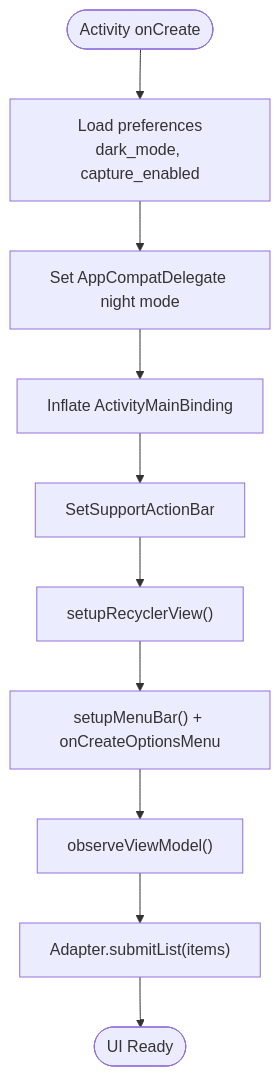
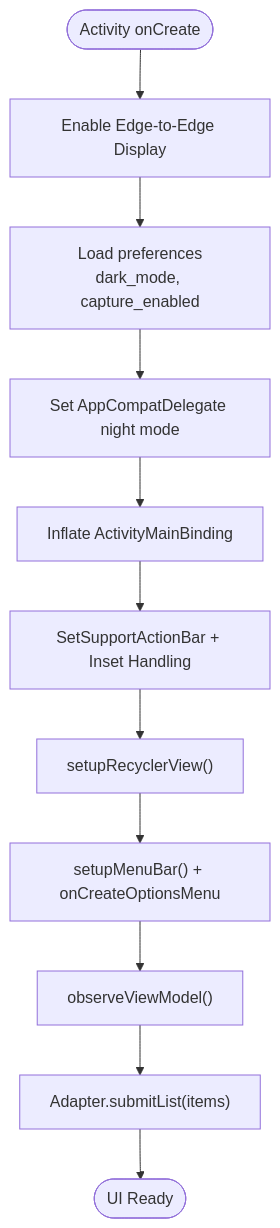
Before and after one commit to caldefoc/NotificationLog: the third of 7 diagrams in .qoder/repowiki/en/content/User Interface/User Interface.md, drawn with Mermaid. The commit also changed other lines of this file and 13 other files, not shown here.

````diff
--- a/.qoder/repowiki/en/content/User Interface/User Interface.md
+++ b/.qoder/repowiki/en/content/User Interface/User Interface.md
@@ -141,12 +134,13 @@
 ```mermaid
 flowchart TD
-Start(["Activity onCreate"]) --> LoadPrefs["Load preferences<br/>dark_mode, capture_enabled"]
+Start(["Activity onCreate"]) --> EdgeToEdge["Enable Edge-to-Edge Display"]
+EdgeToEdge --> LoadPrefs["Load preferences<br/>dark_mode, capture_enabled"]
 LoadPrefs --> ApplyTheme["Set AppCompatDelegate night mode"]
 ApplyTheme --> Inflate["Inflate ActivityMainBinding"]
-Inflate --> SetupToolbar["SetSupportActionBar"]
+Inflate --> SetupToolbar["SetSupportActionBar + Inset Handling"]
 SetupToolbar --> SetupRV["setupRecyclerView()"]
 SetupRV --> SetupMenus["setupMenuBar() + onCreateOptionsMenu"]
 SetupMenus --> Observe["observeViewModel()"]
 Observe --> Render["Adapter.submitList(items)"]
 Render --> End(["UI Ready"])
 ```
````
